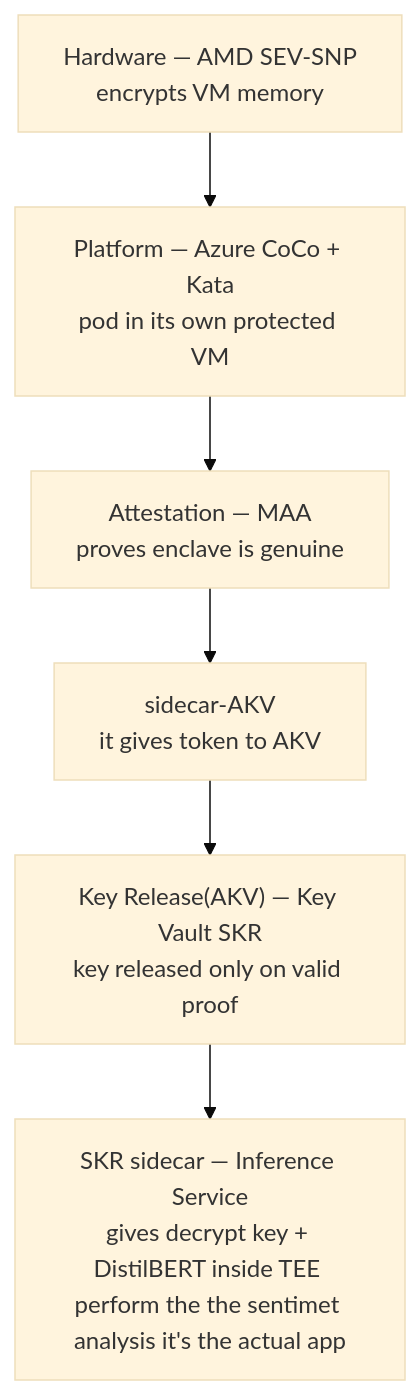
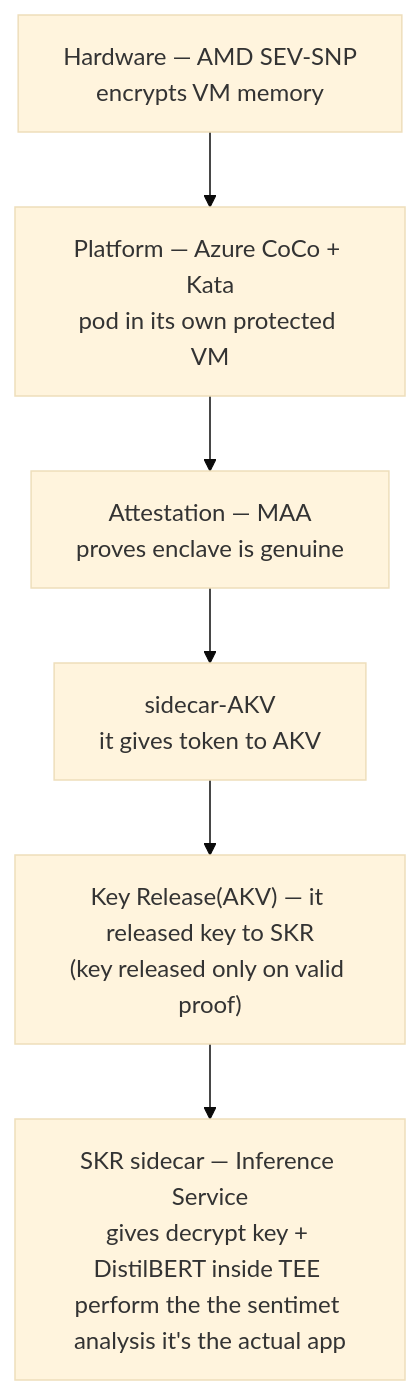
One commit to adityapanda2005/distilbert-sentiment--analysis-app changed the third of 3 diagrams in DOC/2-HLD-DESIGN.md. Above: the diagram before and after it, drawn with Mermaid (base theme).

````diff
--- a/DOC/2-HLD-DESIGN.md
+++ b/DOC/2-HLD-DESIGN.md
@@ -45,10 +45,10 @@
 ```mermaid
 flowchart TD
     HW["Hardware — AMD SEV-SNP<br/>encrypts VM memory"]
     CC["Platform — Azure CoCo + Kata<br/>pod in its own protected VM"]
     AT["Attestation — MAA<br/>proves enclave is genuine"]
     SKR["sidecar-AKV<br/>it gives token to AKV "]
-    KR["Key Release(AKV) — Key Vault SKR<br/>key released only on valid proof"]
+    KR["Key Release(AKV) — it released key to SKR<br/>(key released only on valid proof)"]
     AP["SKR sidecar — Inference Service<br/>gives decrypt key + DistilBERT inside TEE perform the the sentimet analysis it's the actual app"]
     HW --> CC --> AT --> SKR --> KR --> AP
 ```
````
